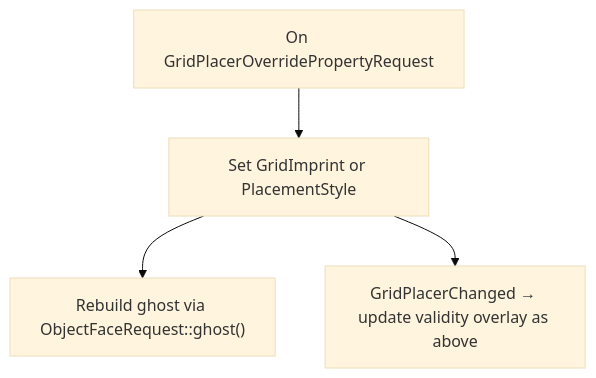
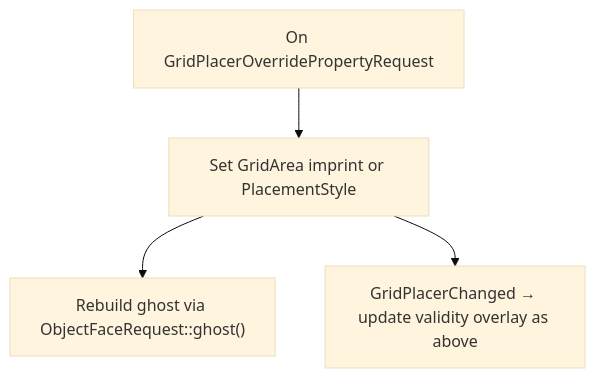
Before and after one commit to Arrekin/dark-wisps-defence: the third of 5 diagrams in documentation/architecture/grid_placer.md, drawn with Mermaid (base theme). The commit also changed other lines of this file and 79 other files, not shown here.

Commit message:
GridCoords + GridImprint = GridArea

````diff
--- a/documentation/architecture/grid_placer.md
+++ b/documentation/architecture/grid_placer.md
@@ -106,6 +107,6 @@
 ```mermaid
 flowchart TB
-    override["On GridPlacerOverridePropertyRequest"] --> update["Set GridImprint or PlacementStyle"]
+    override["On GridPlacerOverridePropertyRequest"] --> update["Set GridArea imprint or PlacementStyle"]
     update --> ghost["Rebuild ghost via ObjectFaceRequest::ghost()"]
     update --> changed["GridPlacerChanged → update validity overlay as above"]
 ```
````
